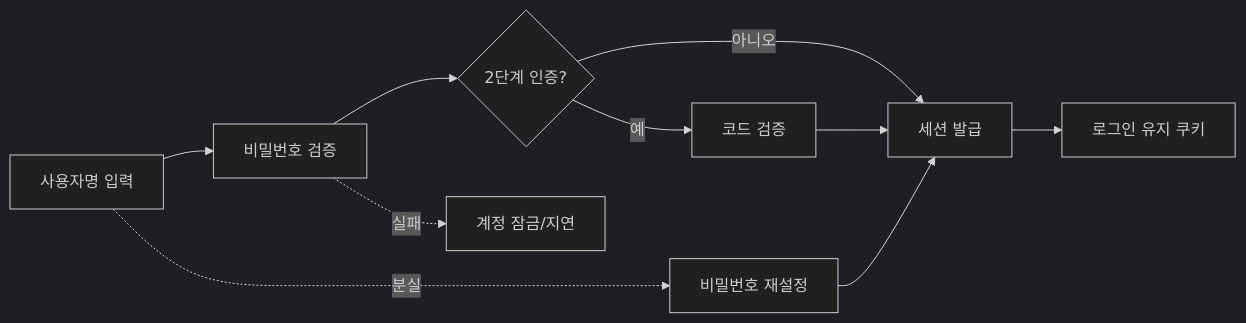
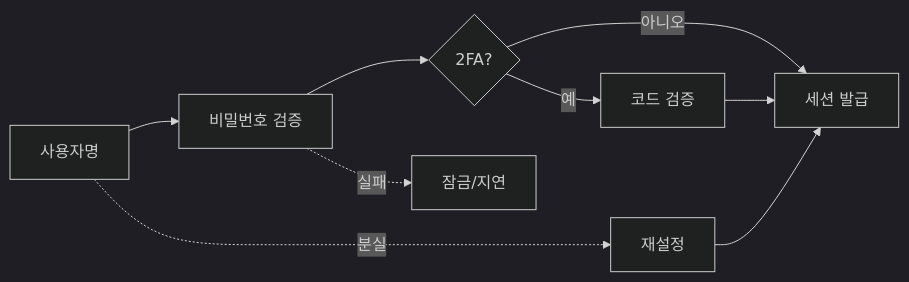
Before and after one commit to logiciris/logiciris.github.io: the diagram in _notes/authentication-vulnerabilities.md, drawn with Mermaid (dark theme). The commit also changed other lines of this file and 5 other files, not shown here.

````diff
--- a/_notes/authentication-vulnerabilities.md
+++ b/_notes/authentication-vulnerabilities.md
@@ -14,12 +16,11 @@
 ```mermaid
 flowchart LR
-    A["사용자명 입력"] --> B["비밀번호 검증"]
-    B --> C{"2단계 인증?"}
+    A["사용자명"] --> B["비밀번호 검증"]
+    B --> C{"2FA?"}
     C -- 예 --> D["코드 검증"]
     C -- 아니오 --> E["세션 발급"]
     D --> E
-    E --> F["로그인 유지 쿠키"]
-    B -. 실패 .-> G["계정 잠금/지연"]
-    A -. 분실 .-> H["비밀번호 재설정"]
+    B -. 실패 .-> G["잠금/지연"]
+    A -. 분실 .-> H["재설정"]
     H --> E
 ```
````
